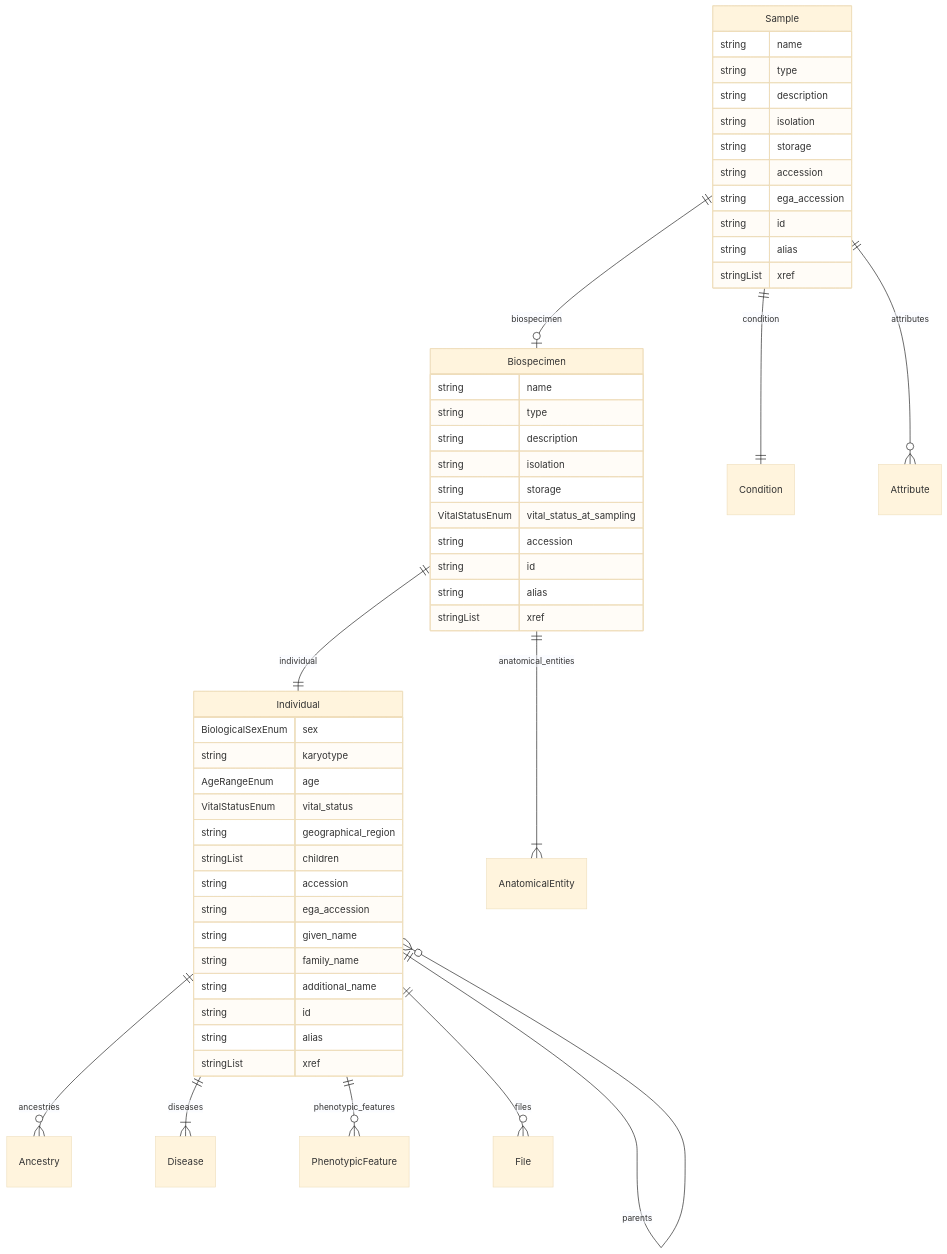
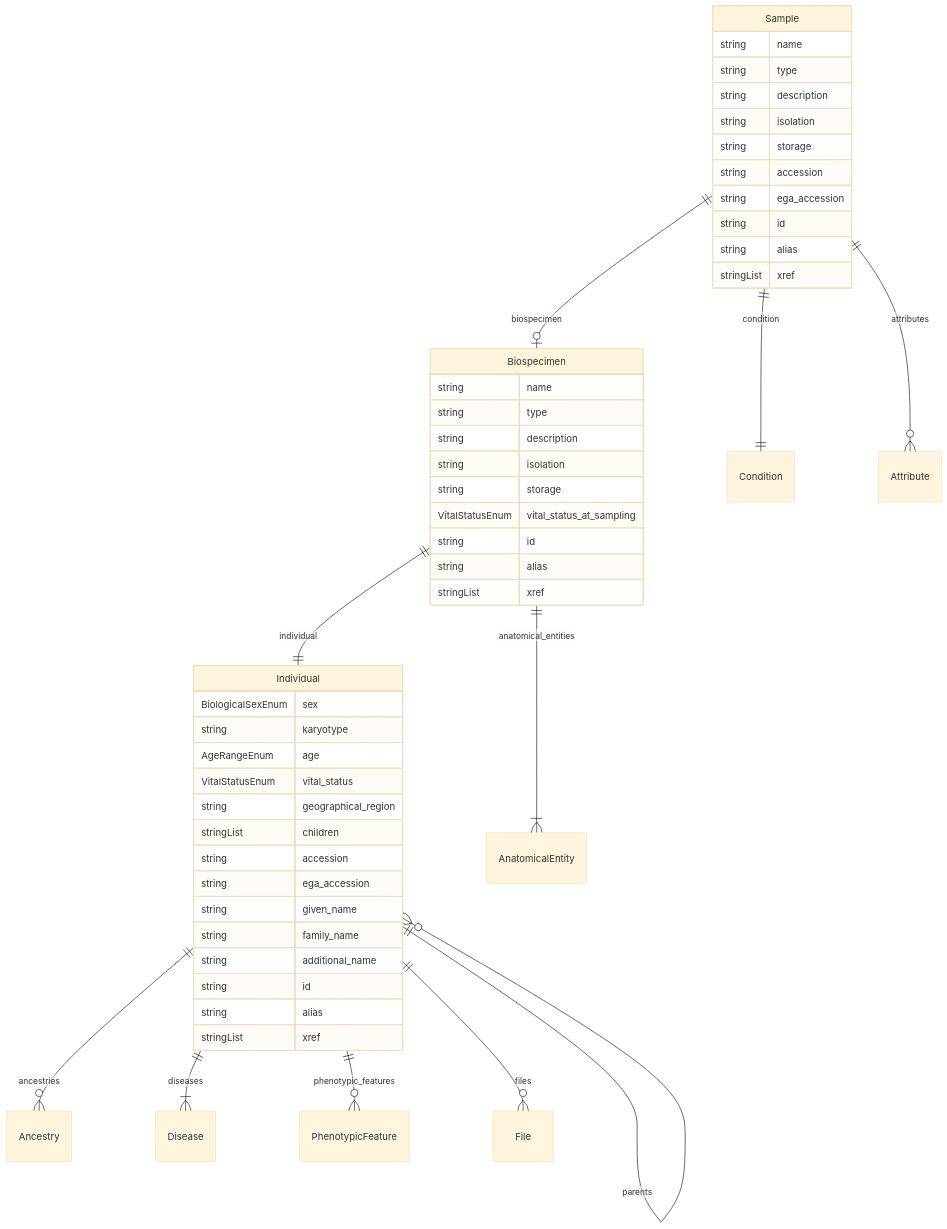
The fifth of 7 diagrams in docs/entity_relations.md (ghga-de/ghga-metadata-schema), drawn with Mermaid (base theme) before and after one commit. The commit also changed other lines of this file and 42 other files, not shown here.

````diff
--- a/docs/entity_relations.md
+++ b/docs/entity_relations.md
@@ -228,55 +228,54 @@
 ```mermaid
 erDiagram
 Individual {
     BiologicalSexEnum sex  
     string karyotype  
     AgeRangeEnum age  
     VitalStatusEnum vital_status  
     string geographical_region  
     stringList children  
     string accession  
     string ega_accession  
     string given_name  
     string family_name  
     string additional_name  
     string id  
     string alias  
     stringList xref  
 }
 Biospecimen {
     string name  
     string type  
     string description  
     string isolation  
     string storage  
     VitalStatusEnum vital_status_at_sampling  
-    string accession  
     string id  
     string alias  
     stringList xref  
 }
 Sample {
     string name  
     string type  
     string description  
     string isolation  
     string storage  
     string accession  
     string ega_accession  
     string id  
     string alias  
     stringList xref  
 }
 
 Individual ||--}o Ancestry : "ancestries"
 Individual ||--}o Individual : "parents"
 Individual ||--}| Disease : "diseases"
 Individual ||--}o PhenotypicFeature : "phenotypic_features"
 Individual ||--}o File : "files"
 Biospecimen ||--|| Individual : "individual"
 Biospecimen ||--}| AnatomicalEntity : "anatomical_entities"
 Sample ||--|o Biospecimen : "biospecimen"
 Sample ||--|| Condition : "condition"
 Sample ||--}o Attribute : "attributes"
 
 ```
````
